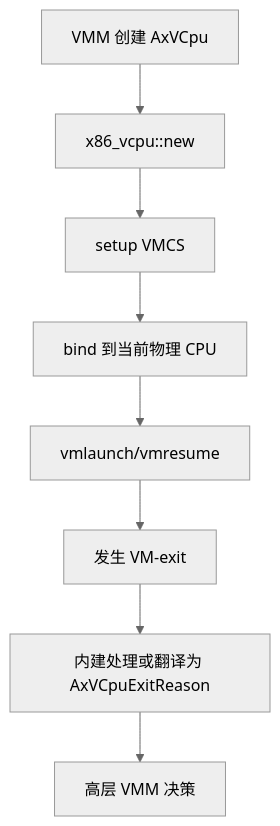
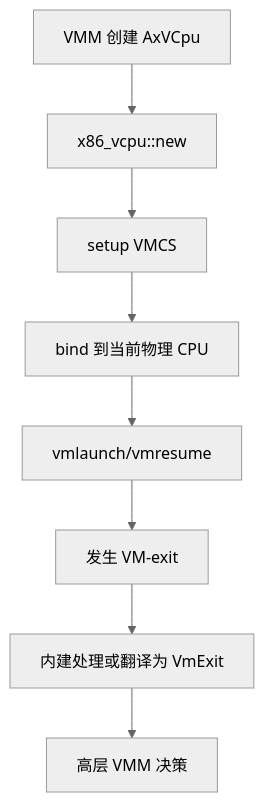
The first of 2 diagrams in docs/docs/components/crates/x86-vcpu.md (rcore-os/tgoskits), drawn with Mermaid (neutral theme) before and after one commit. The commit also changed other lines of this file and 71 other files, not shown here.

````diff
--- a/docs/docs/components/crates/x86-vcpu.md
+++ b/docs/docs/components/crates/x86-vcpu.md
@@ -197,10 +197,10 @@
 ```mermaid
 flowchart TD
     A[VMM 创建 AxVCpu] --> B[x86_vcpu::new]
     B --> C[setup VMCS]
     C --> D[bind 到当前物理 CPU]
     D --> E[vmlaunch/vmresume]
     E --> F[发生 VM-exit]
-    F --> G[内建处理或翻译为 AxVCpuExitReason]
+    F --> G[内建处理或翻译为 VmExit]
     G --> H[高层 VMM 决策]
 ```
````
